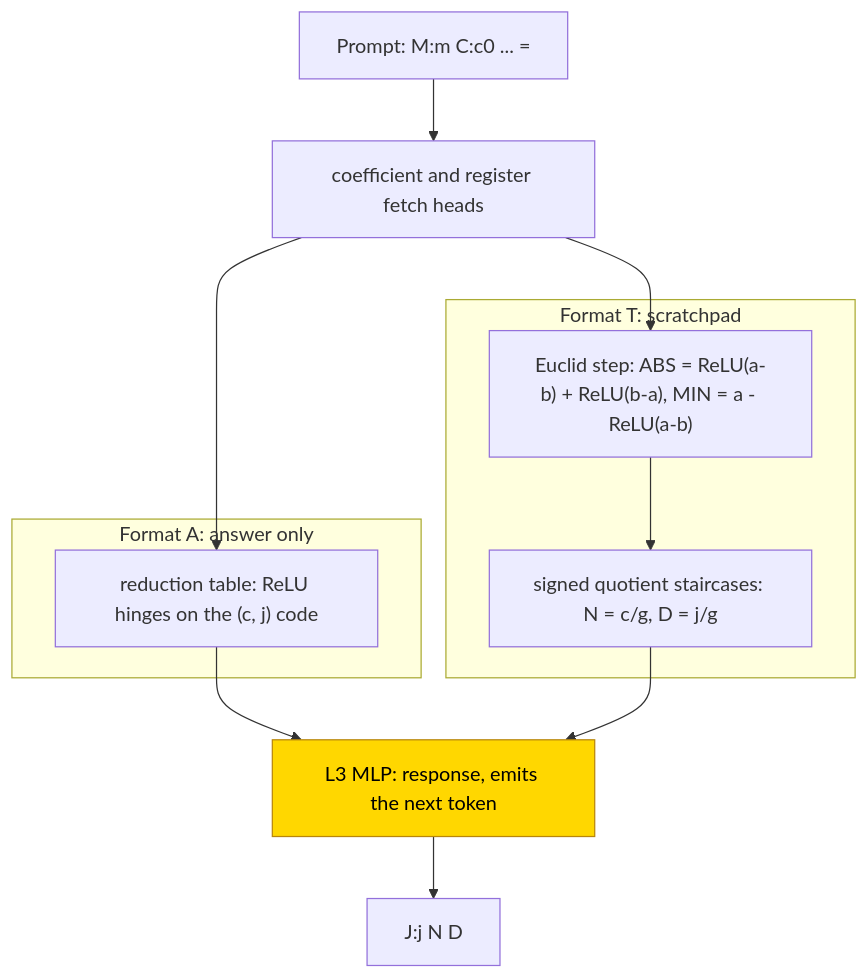
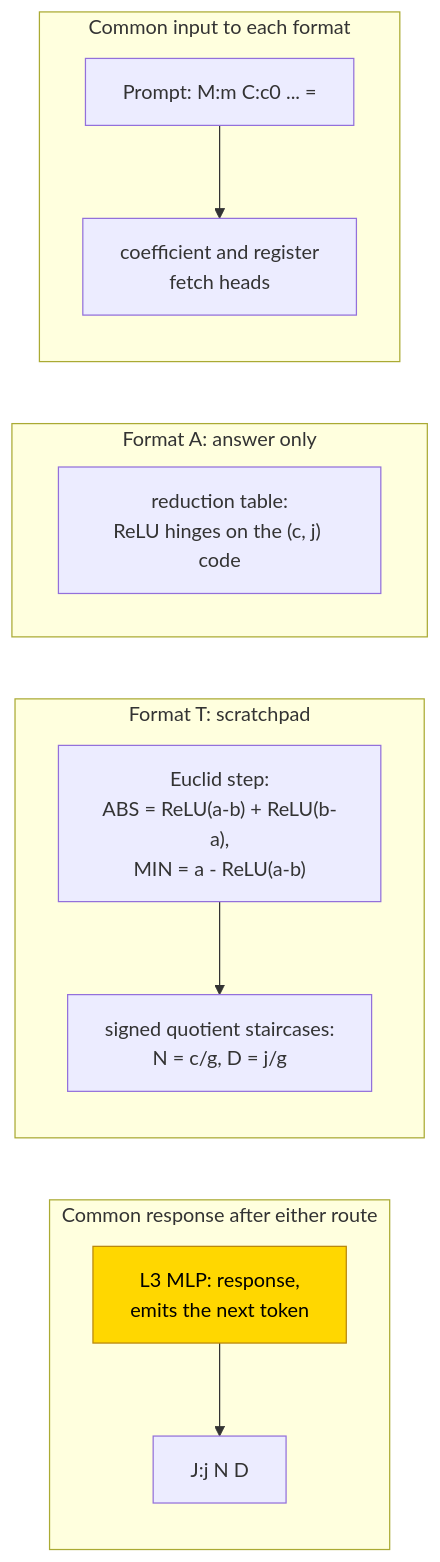
Before and after one commit to jc1122/mechanistic-interpretability-circuit-atlas: the first of 2 diagrams in entries/polynomial-integration.md, drawn with Mermaid. The commit also changed other lines of this file and 40 other files, not shown here.

First line of the commit message:
Cold-reader pass on all 41 entries: reading routes, first-screen scopes, accessible diagrams, verified headline sources (ux_reader1/2)

````diff
--- a/entries/polynomial-integration.md
+++ b/entries/polynomial-integration.md
@@ -92,19 +94,29 @@
 ```mermaid
 flowchart TD
-    P["Prompt: M:m C:c0 ... ="] --> F["coefficient and register fetch heads"]
+    accTitle: Hand-built fraction-reduction alternatives
+    accDescr: Coefficient and register fetches feed either a finite reduction table or Euclid updates and quotient staircases, ending in the next-token response. The last MLP is the only marked trained PART block; other brick layers are unspecified in this diagram.
+    subgraph INPUT["Common input to each format"]
+        direction TB
+        P["Prompt: M:m C:c0 ... ="] --> F["coefficient and register<br/>fetch heads"]
+    end
     subgraph TA["Format A: answer only"]
-        RT["reduction table: ReLU hinges on the (c, j) code"]
+        RT["reduction table:<br/>ReLU hinges on the (c, j) code"]
     end
     subgraph TT["Format T: scratchpad"]
-        E["Euclid step: ABS = ReLU(a-b) + ReLU(b-a), MIN = a - ReLU(a-b)"]
-        Q["signed quotient staircases: N = c/g, D = j/g"]
+        direction TB
+        E["Euclid step:<br/>ABS = ReLU(a-b) + ReLU(b-a),<br/>MIN = a - ReLU(a-b)"]
+        Q["signed quotient staircases:<br/>N = c/g, D = j/g"]
         E --> Q
     end
-    F --> RT
-    F --> E
-    RT --> L3["L3 MLP: response, emits the next token"]
-    Q --> L3
-    L3 --> Y["J:j N D"]
+    subgraph OUTPUT["Common response after either route"]
+        direction TB
+        L3["L3 MLP: response,<br/>emits the next token"] --> Y["J:j N D"]
+    end
+    %% Alternatives share the input and response panels. Invisible links
+    %% stack panels; they are not computational paths between formats.
+    INPUT ~~~ TA
+    TA ~~~ TT
+    TT ~~~ OUTPUT
     classDef trained fill:gold,stroke:darkgoldenrod,color:black
     class L3 trained
 ```
````
